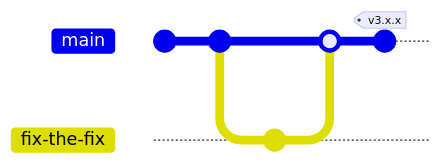
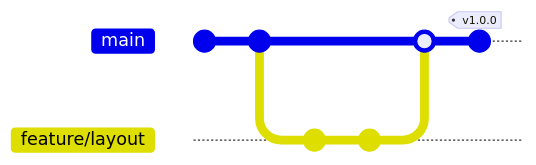
The sixth of 27 diagrams in tests/Mermaider.Tests/Fixtures/mermaid.md (nullean/mermaider), drawn with Mermaid before and after one commit. The commit also changed other lines of this file, not shown here. Commit ids are hidden.

Commit message:
Rewrite mermaid.md fixture to be Mermaider-focused, remove WinPrint references

````diff
--- a/tests/Mermaider.Tests/Fixtures/mermaid.md
+++ b/tests/Mermaider.Tests/Fixtures/mermaid.md
@@ -120,10 +86,11 @@
 ```mermaid
 gitGraph
-    commit
-    commit
-    branch fix-the-fix
-    commit
+    commit id: "init"
+    commit id: "parser"
+    branch feature/layout
+    commit id: "sugiyama"
+    commit id: "edge-routing"
     checkout main
-    merge fix-the-fix
-    commit tag: "v3.x.x"
+    merge feature/layout
+    commit id: "v1.0" tag: "v1.0.0"
 ```
````
